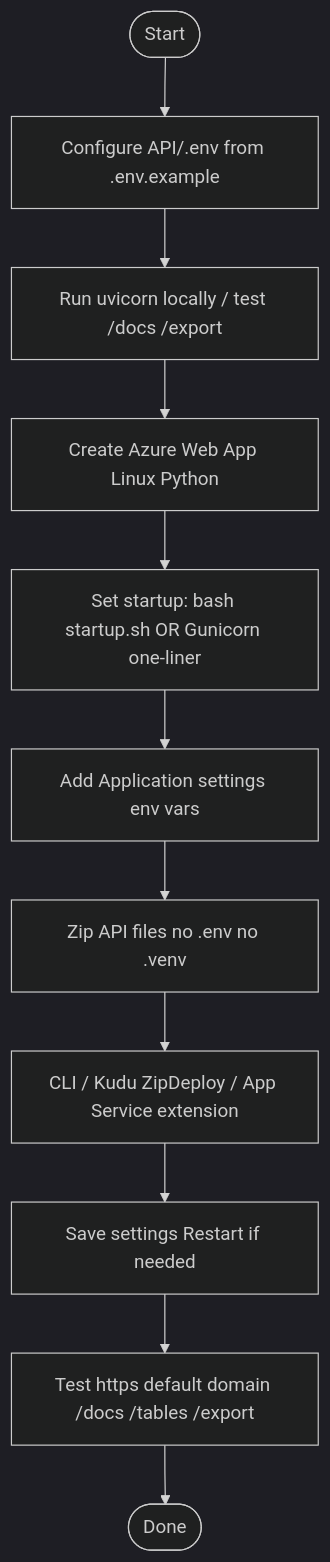
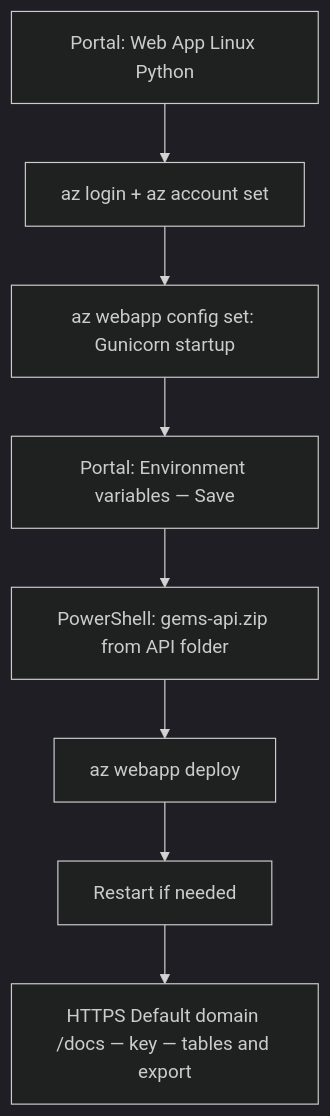
One commit to gems-project/data-entry-template changed the fourth of 4 diagrams in API/README.md. Above: the diagram before and after it, drawn with Mermaid (dark theme). The commit also changed other lines of this file, not shown here.

````diff
--- a/API/README.md
+++ b/API/README.md
@@ -106,14 +124,10 @@
 ```mermaid
 flowchart TD
-  START([Start]) --> LOCAL[Configure API/.env from .env.example]
-  LOCAL --> RUNLOCAL[Run uvicorn locally / test /docs /export]
-  RUNLOCAL --> AZCREATE[Create Azure Web App Linux Python]
-  AZCREATE --> STARTUP[Set startup: bash startup.sh OR Gunicorn one-liner]
-  STARTUP --> APPVARS[Add Application settings env vars]
-  APPVARS --> ZIP[Zip API files no .env no .venv]
-  ZIP --> DEPLOY[CLI / Kudu ZipDeploy / App Service extension]
-  DEPLOY --> SAVE[Save settings Restart if needed]
-  SAVE --> TEST[Test https default domain /docs /tables /export]
-  TEST --> SHARE[Share URL + X-API-Key with collaborators]
-  SHARE([Done])
+  P1[Portal: Web App Linux Python] --> CLI1[az login + az account set]
+  CLI1 --> CLI2[az webapp config set: Gunicorn startup]
+  CLI2 --> P2[Portal: Environment variables — Save]
+  P2 --> ZIP[PowerShell: gems-api.zip from API folder]
+  ZIP --> CLI3[az webapp deploy]
+  CLI3 --> R[Restart if needed]
+  R --> OK[HTTPS Default domain /docs — key — tables and export]
 ```
````
